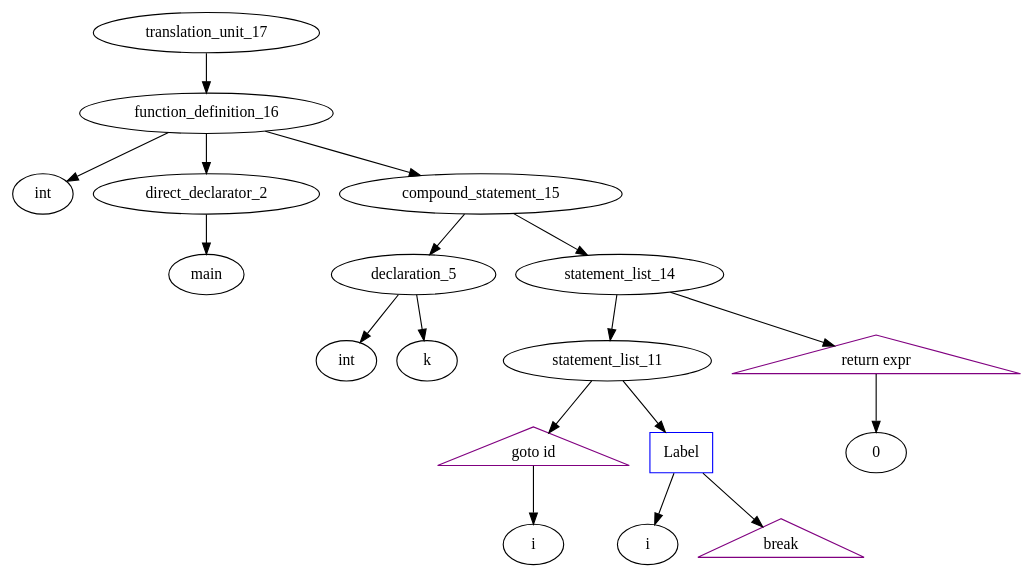
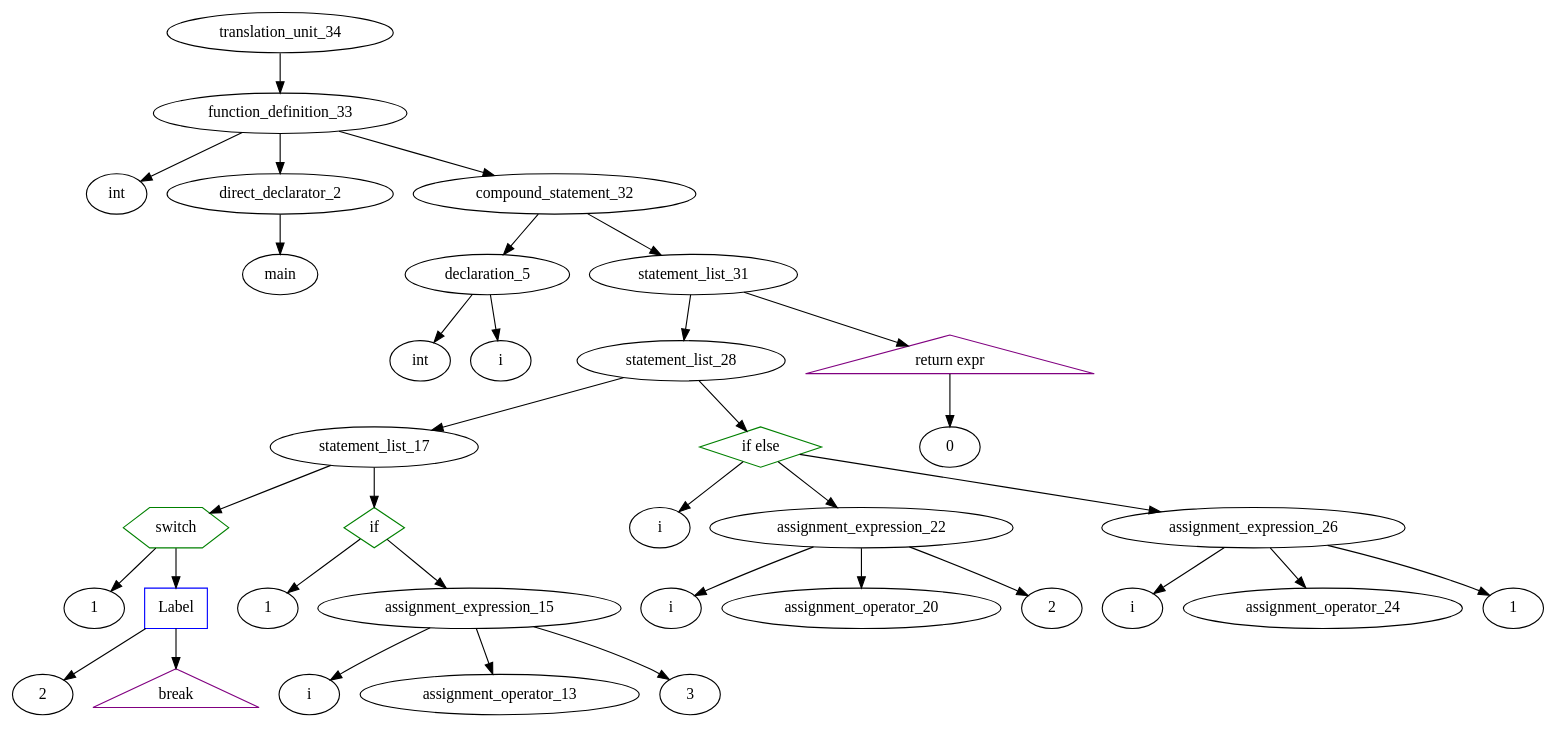
One commit to ahpalmerUNR/c_compiler changed the diagram in graphs/default.gv. Above: the diagram before and after it, drawn with Graphviz. The commit also changed 14 other files, not shown here.

Commit message:
end of day Thursday Nov 1, 2018. Finished selection statement.

```diff
--- a/graphs/default.gv
+++ b/graphs/default.gv
@@ -1,30 +1,57 @@
 digraph AST {
-	translation_unit_17 -> function_definition_16;
-	function_definition_16 -> type_specifier_0;
+	translation_unit_34 -> function_definition_33;
+	function_definition_33 -> type_specifier_0;
 	type_specifier_0 [label="int"]
-	function_definition_16 -> direct_declarator_2;
+	function_definition_33 -> direct_declarator_2;
 	direct_declarator_2 -> identifier_1;
 	identifier_1 [label="main"]
-	function_definition_16 -> compound_statement_15;
-	compound_statement_15 -> declaration_5;
+	function_definition_33 -> compound_statement_32;
+	compound_statement_32 -> declaration_5;
 	declaration_5 -> type_specifier_3;
 	type_specifier_3 [label="int"]
 	declaration_5 -> identifier_4;
-	identifier_4 [label="k"]
-	compound_statement_15 -> statement_list_14;
-	statement_list_14 -> statement_list_11;
-	statement_list_11 -> jump_statement_7;
-	jump_statement_7 [shape = triangle,color=purple,label="goto id"]
-	jump_statement_7 -> identifier_6;
-	identifier_6 [label="i"]
-	statement_list_11 -> labeled_statement_10;
-	labeled_statement_10 [shape = box,color=blue,label="Label"]
-	labeled_statement_10 -> identifier_8;
-	identifier_8 [label="i"]
-	labeled_statement_10 -> jump_statement_9;
-	jump_statement_9 [shape = triangle,color=purple,label="break"]
-	statement_list_14 -> jump_statement_13;
-	jump_statement_13 [shape = triangle,color=purple,label="return expr"]
-	jump_statement_13 -> constant_12;
-	constant_12 [label="0"]
+	identifier_4 [label="i"]
+	compound_statement_32 -> statement_list_31;
+	statement_list_31 -> statement_list_28;
+	statement_list_28 -> statement_list_17;
+	statement_list_17 -> selection_statement_10;
+	selection_statement_10 [shape=hexagon,color=green,label="switch"]
+	selection_statement_10 -> constant_6;
+	constant_6 [label="1"]
+	selection_statement_10 -> labeled_statement_9;
+	labeled_statement_9 [shape = box,color=blue,label="Label"]
+	labeled_statement_9 -> constant_7;
+	constant_7 [label="2"]
+	labeled_statement_9 -> jump_statement_8;
+	jump_statement_8 [shape = triangle,color=purple,label="break"]
+	statement_list_17 -> selection_statement_16;
+	selection_statement_16 [shape=diamond,color=green,label="if"]
+	selection_statement_16 -> constant_11;
+	constant_11 [label="1"]
+	selection_statement_16 -> assignment_expression_15;
+	assignment_expression_15 -> identifier_12;
+	identifier_12 [label="i"]
+	assignment_expression_15 -> assignment_operator_13;
+	assignment_expression_15 -> constant_14;
+	constant_14 [label="3"]
+	statement_list_28 -> selection_statement_27;
+	selection_statement_27 [shape=diamond,color=green,label="if else"]
+	selection_statement_27 -> identifier_18;
+	identifier_18 [label="i"]
+	selection_statement_27 -> assignment_expression_22;
+	assignment_expression_22 -> identifier_19;
+	identifier_19 [label="i"]
+	assignment_expression_22 -> assignment_operator_20;
+	assignment_expression_22 -> constant_21;
+	constant_21 [label="2"]
+	selection_statement_27 -> assignment_expression_26;
+	assignment_expression_26 -> identifier_23;
+	identifier_23 [label="i"]
+	assignment_expression_26 -> assignment_operator_24;
+	assignment_expression_26 -> constant_25;
+	constant_25 [label="1"]
+	statement_list_31 -> jump_statement_30;
+	jump_statement_30 [shape = triangle,color=purple,label="return expr"]
+	jump_statement_30 -> constant_29;
+	constant_29 [label="0"]
 }
```
